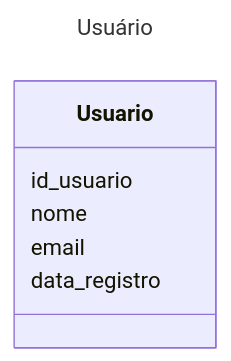
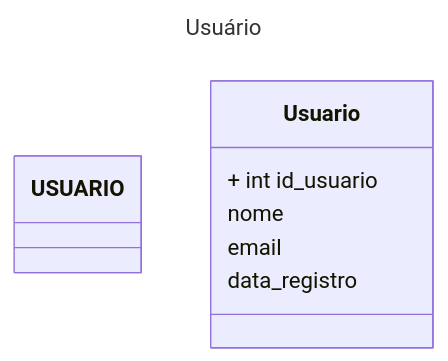
One commit to iagorosa28/sistema_de_streaming_de_musica_banco_de_dados changed the diagram in README.md. Above: the diagram before and after it, drawn with Mermaid.

````diff
--- a/README.md
+++ b/README.md
@@ -26,12 +26,12 @@
 ```mermaid
 ---
 title: Usuário
 ---
 
 classDiagram
-    class Usuario
-    Usuario : id_usuario
+    class USUARIO
+    Usuario : + int id_usuario
     Usuario : nome
     Usuario : email
     Usuario : data_registro
 ```
````
